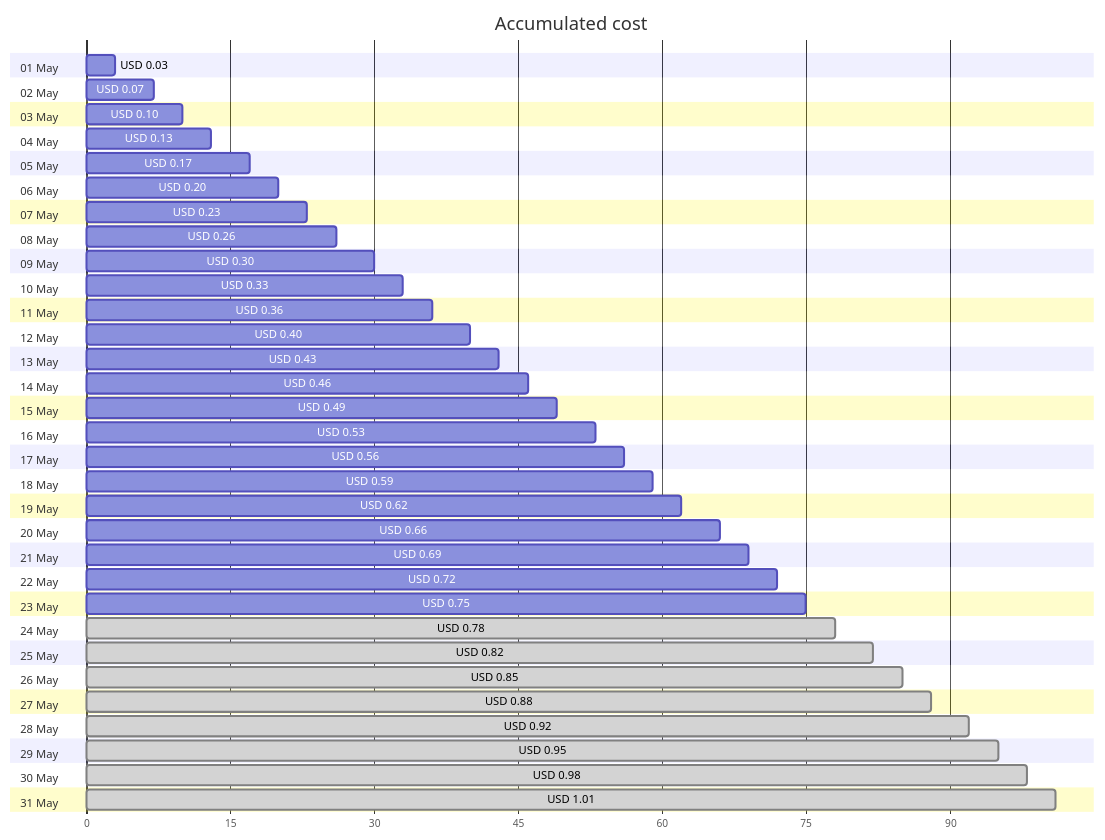
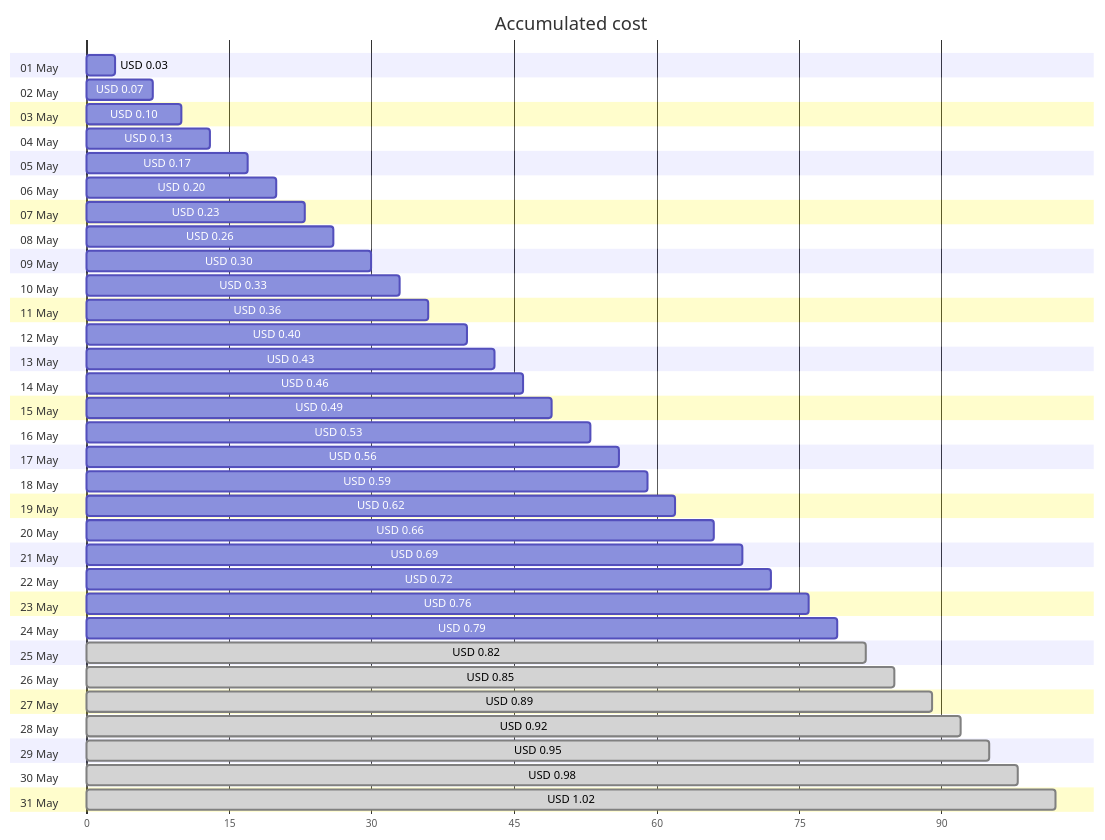
The first of 4 diagrams in cost-reports/personal-dns/README.md (jpfulton/azure-personal-reports), drawn with Mermaid before and after one commit. The commit also changed other lines of this file and 2 other files, not shown here.

````diff
--- a/cost-reports/personal-dns/README.md
+++ b/cost-reports/personal-dns/README.md
@@ -20,68 +20,68 @@
 ```mermaid
 gantt
    title Accumulated cost
    dateFormat  X
    axisFormat %s
    section 01 May
    USD 0.03 :0, 3
    section 02 May
    USD 0.07 :0, 7
    section 03 May
    USD 0.10 :0, 10
    section 04 May
    USD 0.13 :0, 13
    section 05 May
    USD 0.17 :0, 17
    section 06 May
    USD 0.20 :0, 20
    section 07 May
    USD 0.23 :0, 23
    section 08 May
    USD 0.26 :0, 26
    section 09 May
    USD 0.30 :0, 30
    section 10 May
    USD 0.33 :0, 33
    section 11 May
    USD 0.36 :0, 36
    section 12 May
    USD 0.40 :0, 40
    section 13 May
    USD 0.43 :0, 43
    section 14 May
    USD 0.46 :0, 46
    section 15 May
    USD 0.49 :0, 49
    section 16 May
    USD 0.53 :0, 53
    section 17 May
    USD 0.56 :0, 56
    section 18 May
    USD 0.59 :0, 59
    section 19 May
    USD 0.62 :0, 62
    section 20 May
    USD 0.66 :0, 66
    section 21 May
    USD 0.69 :0, 69
    section 22 May
    USD 0.72 :0, 72
    section 23 May
-   USD 0.75 :0, 75
+   USD 0.76 :0, 76
    section 24 May
-   USD 0.78 : done, 0, 78
+   USD 0.79 :0, 79
    section 25 May
    USD 0.82 : done, 0, 82
    section 26 May
    USD 0.85 : done, 0, 85
    section 27 May
-   USD 0.88 : done, 0, 88
+   USD 0.89 : done, 0, 89
    section 28 May
    USD 0.92 : done, 0, 92
    section 29 May
    USD 0.95 : done, 0, 95
    section 30 May
    USD 0.98 : done, 0, 98
    section 31 May
-   USD 1.01 : done, 0, 101
+   USD 1.02 : done, 0, 102
 ```
````
